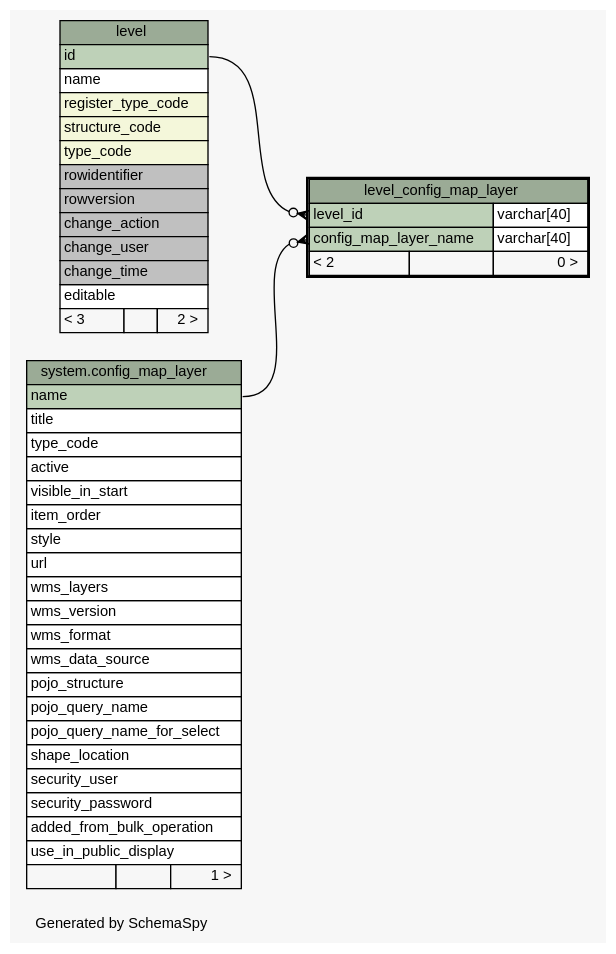
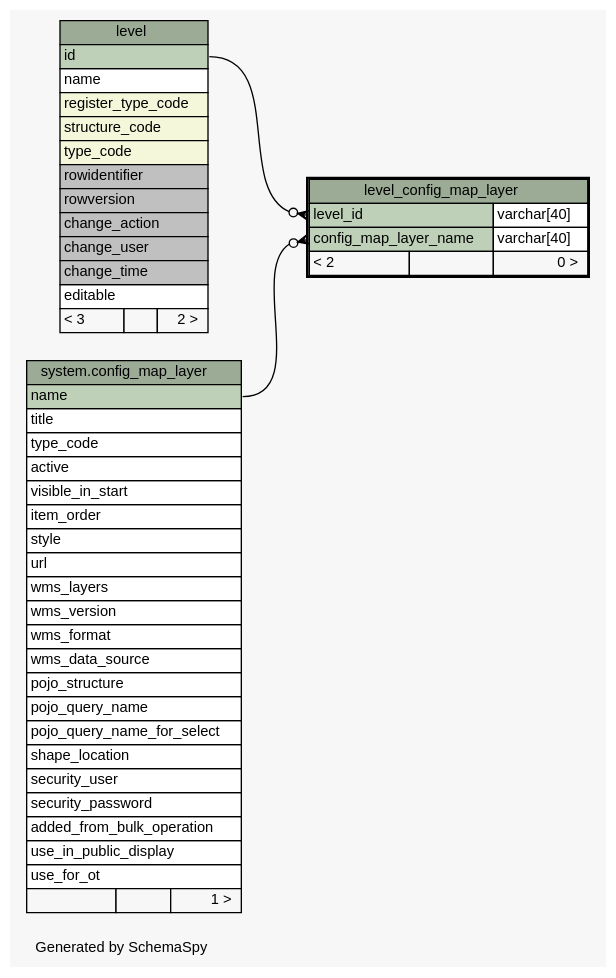
Before and after one commit to SOLA-FAO/database_sola: the diagram in doc/cadastre/diagrams/level_config_map_layer.1degree.dot, drawn with Graphviz. The commit also changed 570 other files, not shown here.

First line of the commit message:
Data and schema updates [#420]

```diff
--- a/doc/cadastre/diagrams/level_config_map_layer.1degree.dot
+++ b/doc/cadastre/diagrams/level_config_map_layer.1degree.dot
@@ -1,84 +1,85 @@
-// dot 2.36.0 on Windows 8 6.2
+// dot 2.36.0 on Windows 7 6.1
 // SchemaSpy rev 590
 digraph "oneDegreeRelationshipsDiagram" {
   graph [
     rankdir="RL"
     bgcolor="#f7f7f7"
     label="\nGenerated by SchemaSpy"
     labeljust="l"
     nodesep="0.18"
     ranksep="0.46"
     fontname="Helvetica"
     fontsize="11"
   ];
   node [
     fontname="Helvetica"
     fontsize="11"
     shape="plaintext"
   ];
   edge [
     arrowsize="0.8"
   ];
   "level_config_map_layer":"config_map_layer_name":w -> "system.config_map_layer":"name":e [arrowhead=none dir=back arrowtail=crowodot];
   "level_config_map_layer":"level_id":w -> "level":"id":e [arrowhead=none dir=back arrowtail=crowodot];
   "system.config_map_layer" [
     label=<
     <TABLE BORDER="0" CELLBORDER="1" CELLSPACING="0" BGCOLOR="#ffffff">
       <TR><TD COLSPAN="3" BGCOLOR="#9bab96" ALIGN="CENTER">system.config_map_layer</TD></TR>
       <TR><TD PORT="name" COLSPAN="3" BGCOLOR="#bed1b8" ALIGN="LEFT">name</TD></TR>
       <TR><TD PORT="title" COLSPAN="3" ALIGN="LEFT">title</TD></TR>
       <TR><TD PORT="type_code" COLSPAN="3" ALIGN="LEFT">type_code</TD></TR>
       <TR><TD PORT="active" COLSPAN="3" ALIGN="LEFT">active</TD></TR>
       <TR><TD PORT="visible_in_start" COLSPAN="3" ALIGN="LEFT">visible_in_start</TD></TR>
       <TR><TD PORT="item_order" COLSPAN="3" ALIGN="LEFT">item_order</TD></TR>
       <TR><TD PORT="style" COLSPAN="3" ALIGN="LEFT">style</TD></TR>
       <TR><TD PORT="url" COLSPAN="3" ALIGN="LEFT">url</TD></TR>
       <TR><TD PORT="wms_layers" COLSPAN="3" ALIGN="LEFT">wms_layers</TD></TR>
       <TR><TD PORT="wms_version" COLSPAN="3" ALIGN="LEFT">wms_version</TD></TR>
       <TR><TD PORT="wms_format" COLSPAN="3" ALIGN="LEFT">wms_format</TD></TR>
       <TR><TD PORT="wms_data_source" COLSPAN="3" ALIGN="LEFT">wms_data_source</TD></TR>
       <TR><TD PORT="pojo_structure" COLSPAN="3" ALIGN="LEFT">pojo_structure</TD></TR>
       <TR><TD PORT="pojo_query_name" COLSPAN="3" ALIGN="LEFT">pojo_query_name</TD></TR>
       <TR><TD PORT="pojo_query_name_for_select" COLSPAN="3" ALIGN="LEFT">pojo_query_name_for_select</TD></TR>
       <TR><TD PORT="shape_location" COLSPAN="3" ALIGN="LEFT">shape_location</TD></TR>
       <TR><TD PORT="security_user" COLSPAN="3" ALIGN="LEFT">security_user</TD></TR>
       <TR><TD PORT="security_password" COLSPAN="3" ALIGN="LEFT">security_password</TD></TR>
       <TR><TD PORT="added_from_bulk_operation" COLSPAN="3" ALIGN="LEFT">added_from_bulk_operation</TD></TR>
       <TR><TD PORT="use_in_public_display" COLSPAN="3" ALIGN="LEFT">use_in_public_display</TD></TR>
+      <TR><TD PORT="use_for_ot" COLSPAN="3" ALIGN="LEFT">use_for_ot</TD></TR>
       <TR><TD ALIGN="LEFT" BGCOLOR="#f7f7f7">  </TD><TD ALIGN="RIGHT" BGCOLOR="#f7f7f7">  </TD><TD ALIGN="RIGHT" BGCOLOR="#f7f7f7">1 &gt;</TD></TR>
     </TABLE>>
     URL="../../system/tables/config_map_layer.html"
     tooltip="system.config_map_layer"
   ];
   "level" [
     label=<
     <TABLE BORDER="0" CELLBORDER="1" CELLSPACING="0" BGCOLOR="#ffffff">
       <TR><TD COLSPAN="3" BGCOLOR="#9bab96" ALIGN="CENTER">level</TD></TR>
       <TR><TD PORT="id" COLSPAN="3" BGCOLOR="#bed1b8" ALIGN="LEFT">id</TD></TR>
       <TR><TD PORT="name" COLSPAN="3" ALIGN="LEFT">name</TD></TR>
       <TR><TD PORT="register_type_code" COLSPAN="3" BGCOLOR="#f4f7da" ALIGN="LEFT">register_type_code</TD></TR>
       <TR><TD PORT="structure_code" COLSPAN="3" BGCOLOR="#f4f7da" ALIGN="LEFT">structure_code</TD></TR>
       <TR><TD PORT="type_code" COLSPAN="3" BGCOLOR="#f4f7da" ALIGN="LEFT">type_code</TD></TR>
       <TR><TD PORT="rowidentifier" COLSPAN="3" BGCOLOR="#c0c0c0" ALIGN="LEFT">rowidentifier</TD></TR>
       <TR><TD PORT="rowversion" COLSPAN="3" BGCOLOR="#c0c0c0" ALIGN="LEFT">rowversion</TD></TR>
       <TR><TD PORT="change_action" COLSPAN="3" BGCOLOR="#c0c0c0" ALIGN="LEFT">change_action</TD></TR>
       <TR><TD PORT="change_user" COLSPAN="3" BGCOLOR="#c0c0c0" ALIGN="LEFT">change_user</TD></TR>
       <TR><TD PORT="change_time" COLSPAN="3" BGCOLOR="#c0c0c0" ALIGN="LEFT">change_time</TD></TR>
       <TR><TD PORT="editable" COLSPAN="3" ALIGN="LEFT">editable</TD></TR>
       <TR><TD ALIGN="LEFT" BGCOLOR="#f7f7f7">&lt; 3</TD><TD ALIGN="RIGHT" BGCOLOR="#f7f7f7">  </TD><TD ALIGN="RIGHT" BGCOLOR="#f7f7f7">2 &gt;</TD></TR>
     </TABLE>>
     URL="level.html"
     tooltip="level"
   ];
   "level_config_map_layer" [
     label=<
     <TABLE BORDER="2" CELLBORDER="1" CELLSPACING="0" BGCOLOR="#ffffff">
       <TR><TD COLSPAN="3" BGCOLOR="#9bab96" ALIGN="CENTER">level_config_map_layer</TD></TR>
       <TR><TD PORT="level_id" COLSPAN="2" BGCOLOR="#bed1b8" ALIGN="LEFT">level_id</TD><TD PORT="level_id.type" ALIGN="LEFT">varchar[40]</TD></TR>
       <TR><TD PORT="config_map_layer_name" COLSPAN="2" BGCOLOR="#bed1b8" ALIGN="LEFT">config_map_layer_name</TD><TD PORT="config_map_layer_name.type" ALIGN="LEFT">varchar[40]</TD></TR>
       <TR><TD ALIGN="LEFT" BGCOLOR="#f7f7f7">&lt; 2</TD><TD ALIGN="RIGHT" BGCOLOR="#f7f7f7">  </TD><TD ALIGN="RIGHT" BGCOLOR="#f7f7f7">0 &gt;</TD></TR>
     </TABLE>>
     URL="level_config_map_layer.html"
     tooltip="level_config_map_layer"
   ];
 }
```
